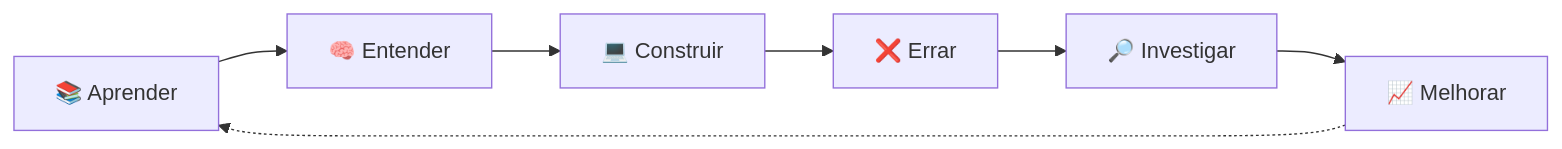
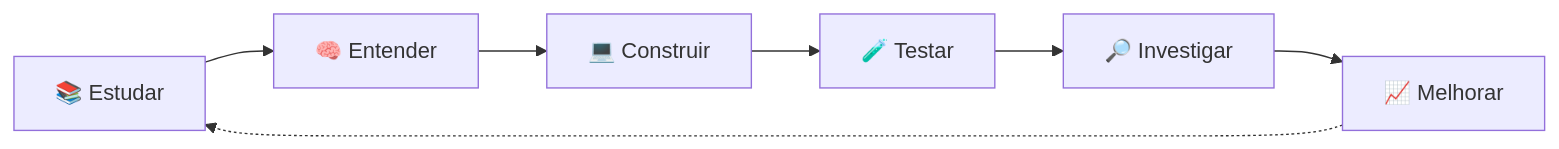
One commit to gabriel-d3v/gabrield3v changed the diagram in README.md. Above: the diagram before and after it, drawn with Mermaid. The commit also changed other lines of this file, not shown here.

````diff
--- a/README.md
+++ b/README.md
@@ -117,9 +158,9 @@
 ```mermaid
 flowchart LR
-    A[📚 Aprender] --> B[🧠 Entender]
+    A[📚 Estudar] --> B[🧠 Entender]
     B --> C[💻 Construir]
-    C --> D[❌ Errar]
+    C --> D[🧪 Testar]
     D --> E[🔎 Investigar]
     E --> F[📈 Melhorar]
     F -.-> A
 ```
````
